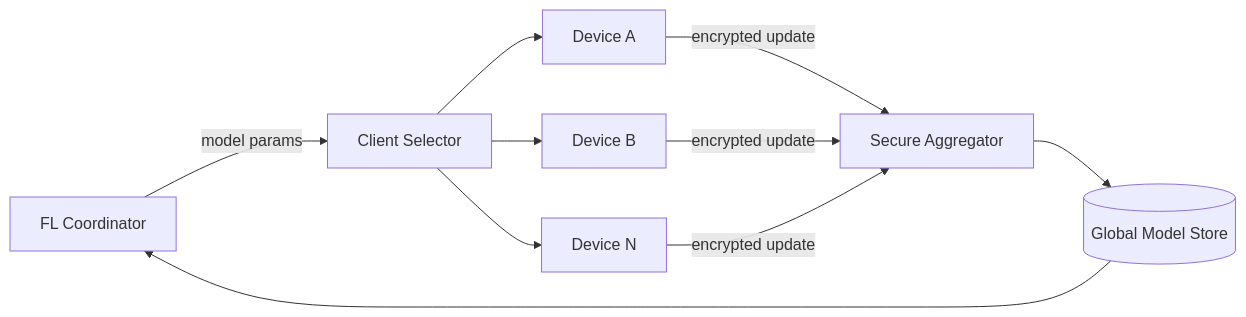
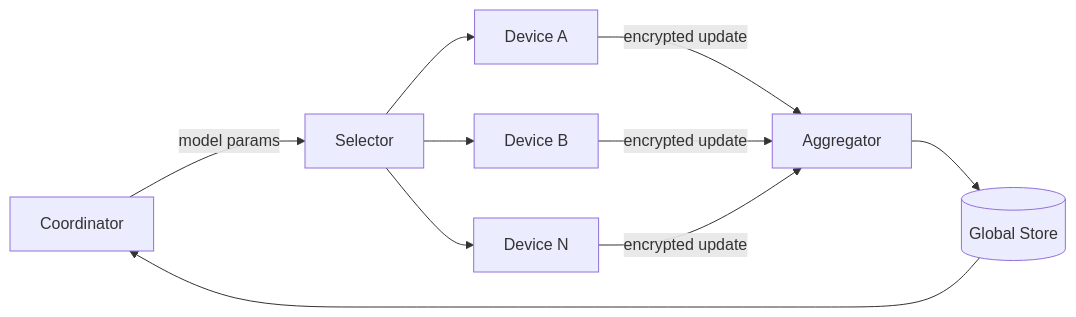
Before and after one commit to huangsam/systology: the diagram in site/content/designs/federated-learning.md, drawn with Mermaid. The commit also changed 8 other files, not shown here.

Commit message:
Shorten names of mermaid items

```diff
--- a/site/content/designs/federated-learning.md
+++ b/site/content/designs/federated-learning.md
@@ -22,12 +22,12 @@
 {{< mermaid >}}
 graph LR
-  Coordinator[FL Coordinator] -->|model params| Selector[Client Selector]
+  Coordinator[Coordinator] -->|model params| Selector[Selector]
   Selector --> DeviceA[Device A]
   Selector --> DeviceB[Device B]
   Selector --> DeviceN[Device N]
-  DeviceA -->|encrypted update| Aggregator[Secure Aggregator]
+  DeviceA -->|encrypted update| Aggregator[Aggregator]
   DeviceB -->|encrypted update| Aggregator
   DeviceN -->|encrypted update| Aggregator
-  Aggregator --> GlobalModel[(Global Model Store)]
+  Aggregator --> GlobalModel[(Global Store)]
   GlobalModel --> Coordinator
 {{< /mermaid >}}
```
